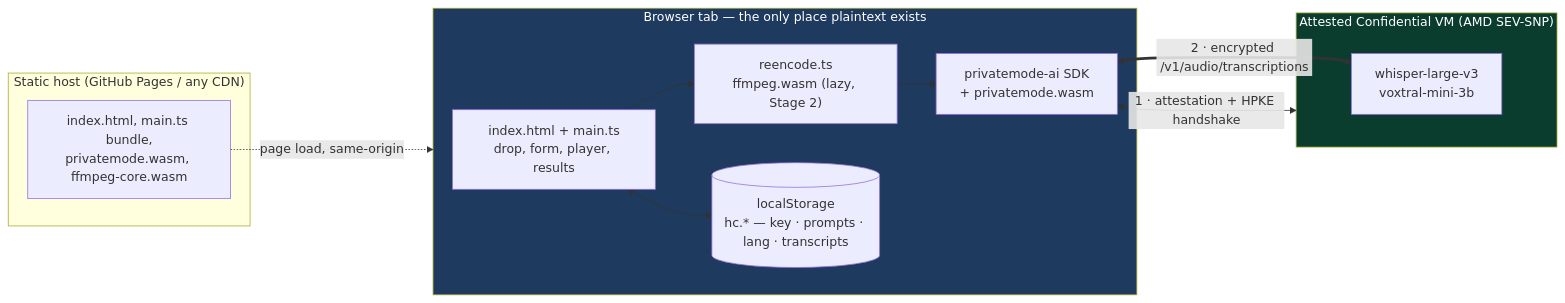
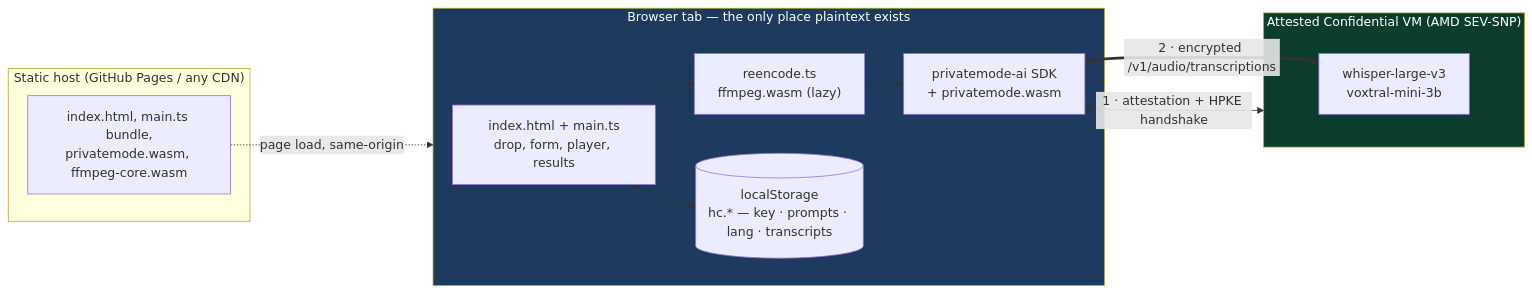
Before and after one commit to dhcgn/hushscribe: the first of 2 diagrams in ARCHITECTURE.md, drawn with Mermaid. The commit also changed other lines of this file and 19 other files, not shown here.

````diff
--- a/ARCHITECTURE.md
+++ b/ARCHITECTURE.md
@@ -121,26 +121,26 @@
 ```mermaid
 flowchart LR
     subgraph browser["Browser tab — the only place plaintext exists"]
         UI["index.html + main.ts<br/>drop, form, player, results"]
-        RE["reencode.ts<br/>ffmpeg.wasm (lazy, Stage 2)"]
+        RE["reencode.ts<br/>ffmpeg.wasm (lazy)"]
         SDK["privatemode-ai SDK<br/>+ privatemode.wasm"]
         LS[("localStorage<br/>hc.* — key · prompts · lang · transcripts")]
         UI --> RE --> SDK
         UI <--> LS
     end
 
     subgraph static["Static host (GitHub Pages / any CDN)"]
         FILES["index.html, main.ts bundle,<br/>privatemode.wasm, ffmpeg-core.wasm"]
     end
 
     subgraph tee["Attested Confidential VM (AMD SEV-SNP)"]
         W["whisper-large-v3<br/>voxtral-mini-3b"]
     end
 
     FILES -.->|"page load, same-origin"| browser
     SDK <-->|"1 · attestation + HPKE handshake"| tee
     SDK <==>|"2 · encrypted /v1/audio/transcriptions"| W
 
     style tee fill:#0b3d2e,color:#fff
     style browser fill:#1e3a5f,color:#fff
 ```
````
